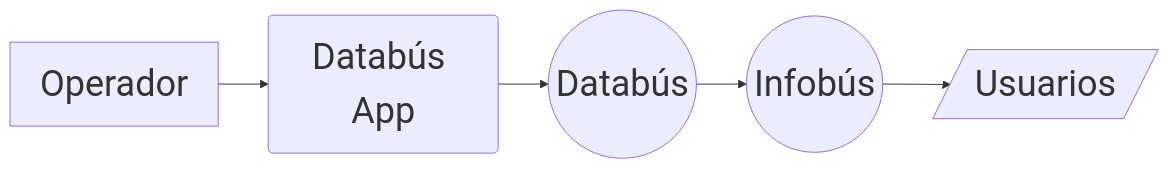
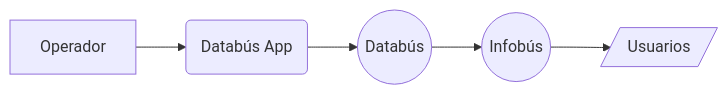
One commit to simovilab/choferes changed the diagram in pages/operators.md. Above: the diagram before and after it, drawn with Mermaid. The commit also changed other lines of this file and 11 other files, not shown here.

````diff
--- a/pages/operators.md
+++ b/pages/operators.md
@@ -8,8 +8,7 @@
 ```mermaid
-%%{init: {'themeVariables': {'fontSize': '36px'}}}%%
 flowchart LR
   C[Operador] --> A(Databús App)
   A --> D((Databús))
   D --> I((Infobús))
   I --> W[/Usuarios/]
 ```
````
